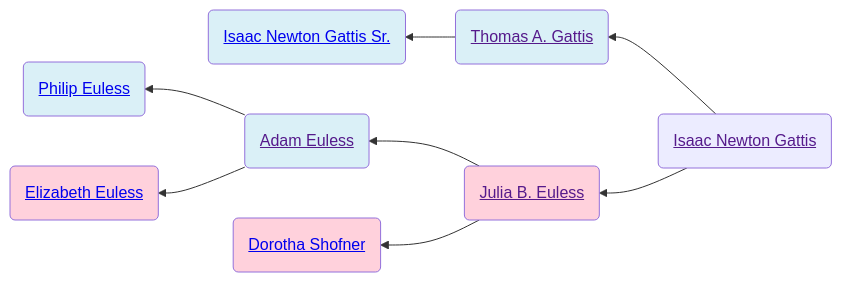
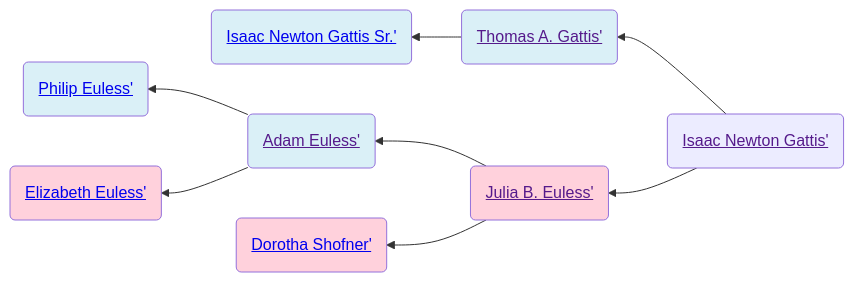
The first of 2 diagrams in familyhistory/sources/people/Gattis-line/Isaac_Newton_Gattis.qmd (neelsmith/avocational), drawn with Mermaid before and after one commit. The commit also changed other lines of this file and 102 other files, not shown here.

````diff
--- a/familyhistory/sources/people/Gattis-line/Isaac_Newton_Gattis.qmd
+++ b/familyhistory/sources/people/Gattis-line/Isaac_Newton_Gattis.qmd
@@ -26,22 +26,22 @@
 ```{mermaid}
 graph RL
 %% RL ancestor diagram
-Isaac_Newton_Gattis(<a href=''>Isaac Newton Gattis</>) -->  Thomas_A._Gattis(<a href='./Thomas_A._Gattis.html'>Thomas A. Gattis</>)
-Thomas_A._Gattis(<a href=''>Thomas A. Gattis</>) -->  Isaac_Newton_Gattis_Sr.(<a href='./Isaac_Newton_Gattis_Sr..html'>Isaac Newton Gattis Sr.</>)
+Isaac_Newton_Gattis(<a href=''>Isaac Newton Gattis'</>) -->  Thomas_A._Gattis(<a href='./Thomas_A._Gattis.html'>Thomas A. Gattis'</>)
+Thomas_A._Gattis(<a href=''>Thomas A. Gattis'</>) -->  Isaac_Newton_Gattis_Sr.(<a href='./Isaac_Newton_Gattis_Sr..html'>Isaac Newton Gattis Sr.'</>)
 class Isaac_Newton_Gattis_Sr. father
 class Thomas_A._Gattis father
-Isaac_Newton_Gattis(<a href=''>Isaac Newton Gattis</>)  --> Julia_B._Euless(<a href='./Euless-line/Julia_B._Euless.html'>Julia B. Euless</>)
-Julia_B._Euless(<a href=''>Julia B. Euless</>) -->  Adam_Euless(<a href='./Adam_Euless.html'>Adam Euless</>)
-Adam_Euless(<a href=''>Adam Euless</>) -->  Philip_Euless(<a href='./Philip_Euless.html'>Philip Euless</>)
+Isaac_Newton_Gattis(<a href=''>Isaac Newton Gattis'</>)  --> Julia_B._Euless(<a href='./Euless-line/Julia_B._Euless.html'>Julia B. Euless'</>)
+Julia_B._Euless(<a href=''>Julia B. Euless'</>) -->  Adam_Euless(<a href='./Adam_Euless.html'>Adam Euless'</>)
+Adam_Euless(<a href=''>Adam Euless'</>) -->  Philip_Euless(<a href='./Philip_Euless.html'>Philip Euless'</>)
 class Philip_Euless father
-Adam_Euless(<a href=''>Adam Euless</>)  --> Elizabeth_Euless(<a href='./Elizabeth_Euless.html'>Elizabeth Euless</>)
+Adam_Euless(<a href=''>Adam Euless'</>)  --> Elizabeth_Euless(<a href='./Elizabeth_Euless.html'>Elizabeth Euless'</>)
 class Elizabeth_Euless mother
 class Adam_Euless father
-Julia_B._Euless(<a href=''>Julia B. Euless</>)  --> Dorotha_Shofner(<a href='./Dorotha_Shofner.html'>Dorotha Shofner</>)
+Julia_B._Euless(<a href=''>Julia B. Euless'</>)  --> Dorotha_Shofner(<a href='./Dorotha_Shofner.html'>Dorotha Shofner'</>)
 class Dorotha_Shofner mother
 class Julia_B._Euless mother
 classDef mother fill:#ffd1dc
 classDef father fill:#daf0f7  
 classDef marriage fill:#ffffff
 
 ```
````
